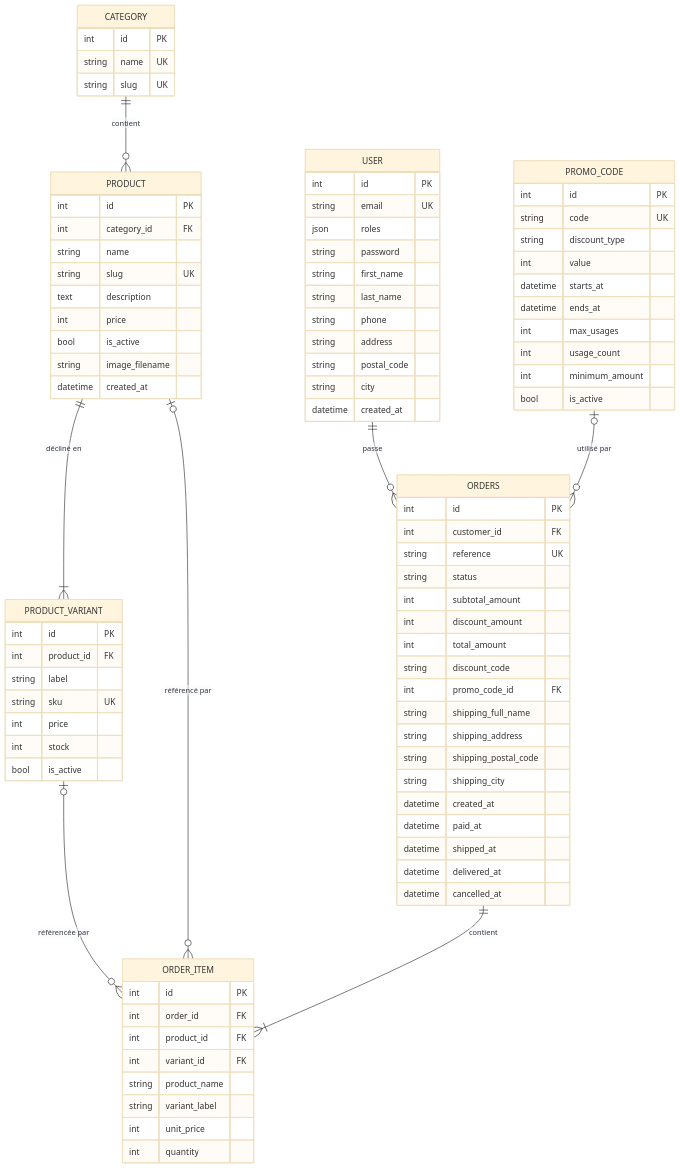
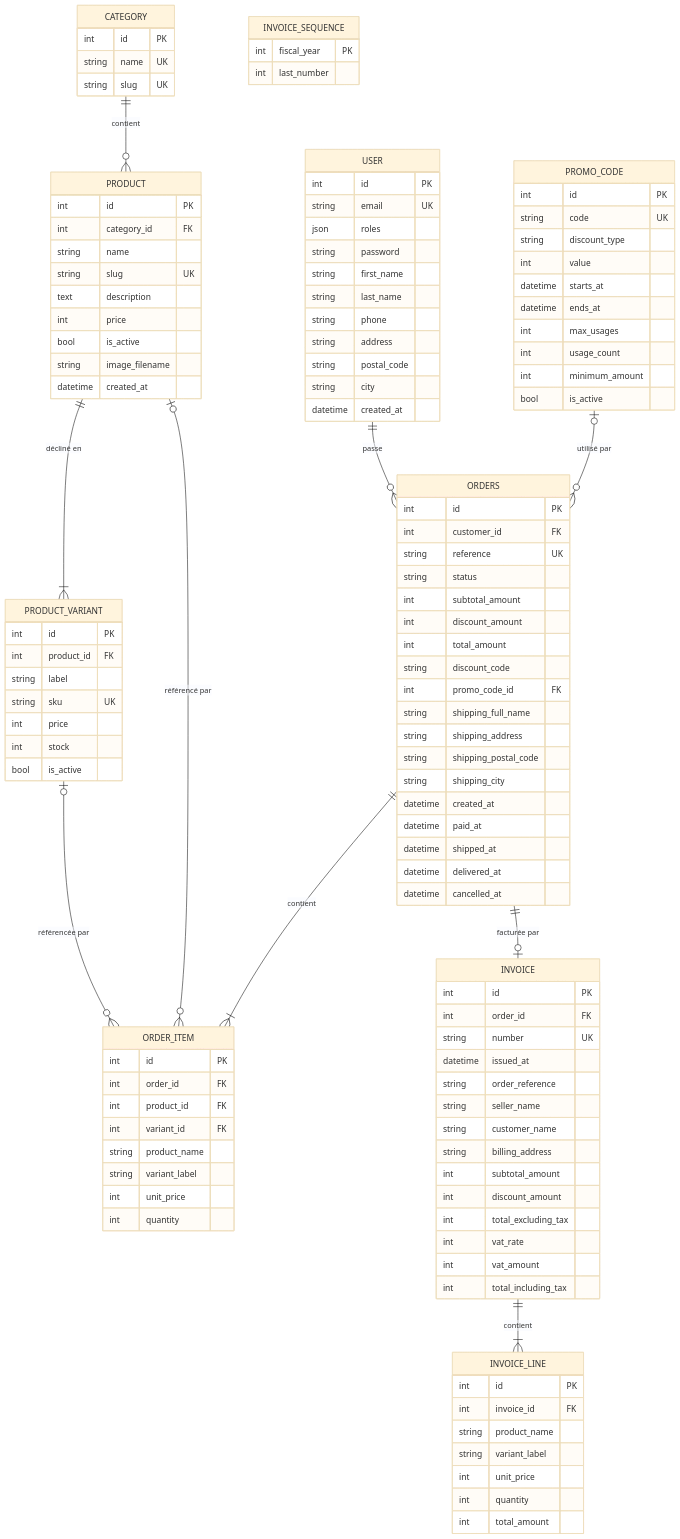
Before and after one commit to Math-Pav/e-commerce: the diagram in docs/modele-de-donnees.md, drawn with Mermaid (base theme). The commit also changed other lines of this file and 2 other files, not shown here.

````diff
--- a/docs/modele-de-donnees.md
+++ b/docs/modele-de-donnees.md
@@ -13,6 +13,8 @@
     ORDERS ||--|{ ORDER_ITEM : contient
     PRODUCT |o--o{ ORDER_ITEM : "référencé par"
     PROMO_CODE |o--o{ ORDERS : "utilisé par"
+    ORDERS ||--o| INVOICE : "facturée par"
+    INVOICE ||--|{ INVOICE_LINE : contient
 
     CATEGORY {
         int id PK
@@ -94,4 +96,33 @@
         int unit_price
         int quantity
     }
+    INVOICE {
+        int id PK
+        int order_id FK
+        string number UK
+        datetime issued_at
+        string order_reference
+        string seller_name
+        string customer_name
+        string billing_address
+        int subtotal_amount
+        int discount_amount
+        int total_excluding_tax
+        int vat_rate
+        int vat_amount
+        int total_including_tax
+    }
+    INVOICE_LINE {
+        int id PK
+        int invoice_id FK
+        string product_name
+        string variant_label
+        int unit_price
+        int quantity
+        int total_amount
+    }
+    INVOICE_SEQUENCE {
+        int fiscal_year PK
+        int last_number
+    }
 ```
````
